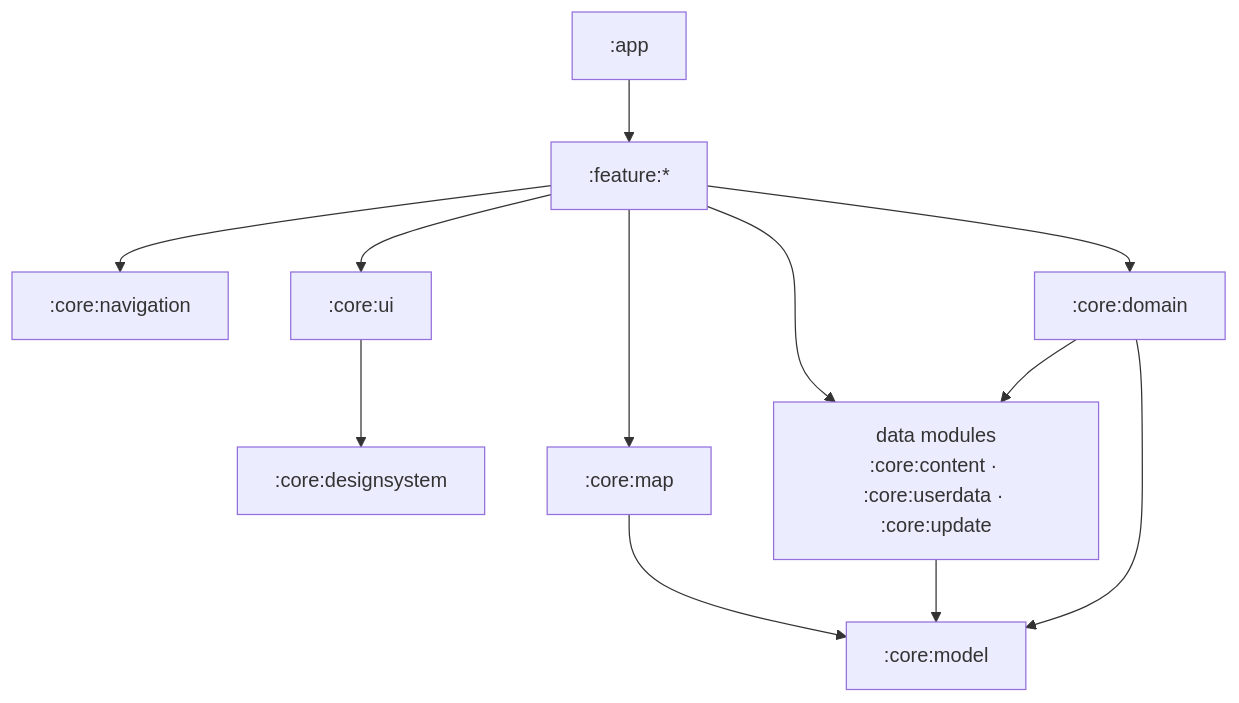
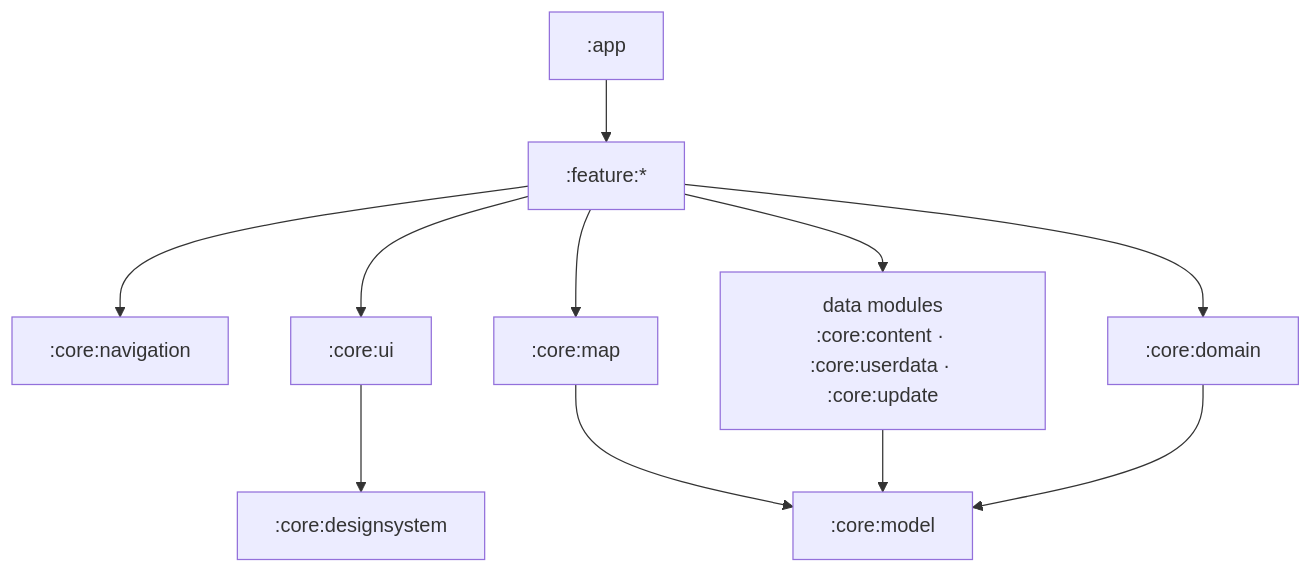
The third of 3 diagrams in docs/adr/0003-v1-architecture-and-modules.md (MohdFarag/seerah), drawn with Mermaid before and after one commit. The commit also changed other lines of this file and 100 other files, not shown here.

````diff
--- a/docs/adr/0003-v1-architecture-and-modules.md
+++ b/docs/adr/0003-v1-architecture-and-modules.md
@@ -164,13 +164,12 @@
 ```mermaid
 flowchart TD
   app[":app"] --> features[":feature:*"]
   features --> navigation[":core:navigation"]
   features --> ui[":core:ui"] --> designsystem[":core:designsystem"]
   features --> map[":core:map"]
   features --> domain[":core:domain"]
   features --> data["data modules<br/>:core:content · :core:userdata · :core:update"]
-  domain --> data
   map --> model[":core:model"]
   data --> model
   domain --> model
 ```
````
